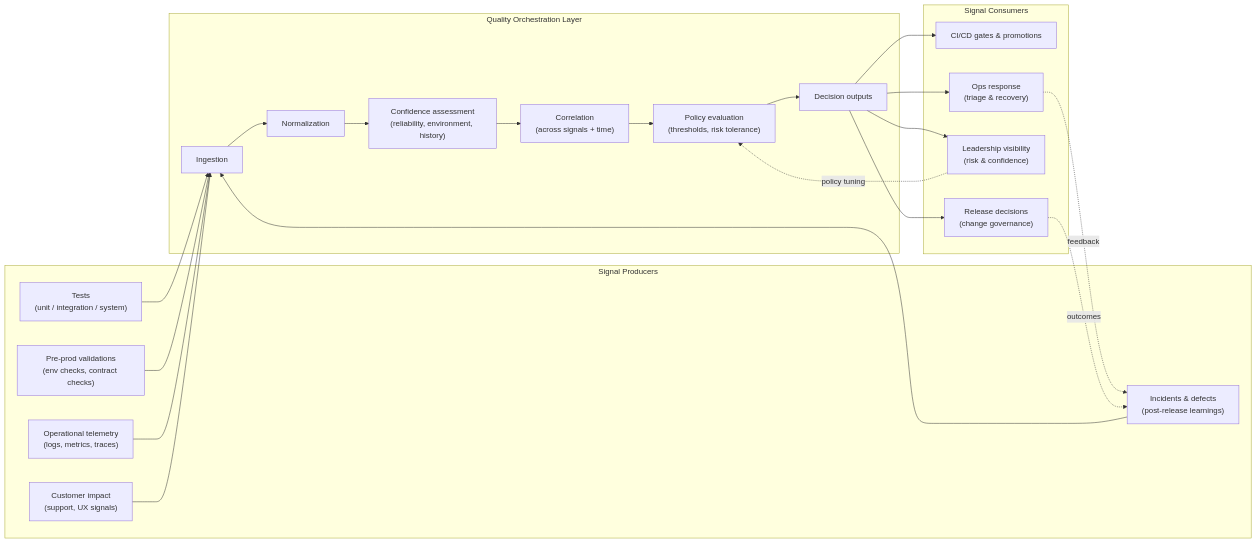
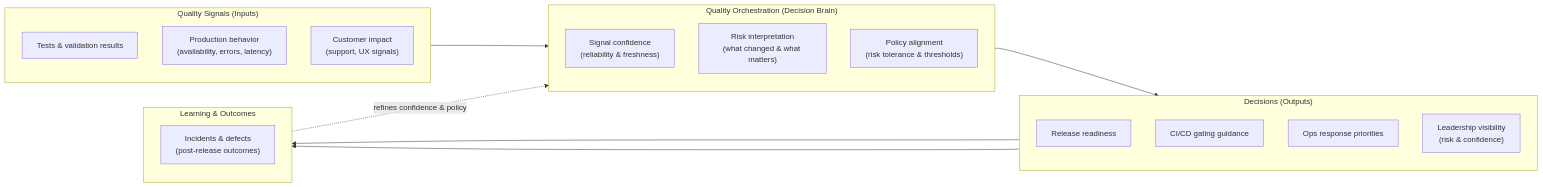
The diagram in diagrams/reference-architecture.mmd (Gaur10/quality-orchestration-reference), drawn with Mermaid before and after one commit.

Commit message:
Refactor Quality Orchestration Reference Architecture diagram
Updated the Quality Orchestration Reference Architecture diagram to enhance clarity and structure.

```diff
--- a/diagrams/reference-architecture.mmd
+++ b/diagrams/reference-architecture.mmd
@@ -1,47 +1,44 @@
 flowchart LR
-  %% Quality Orchestration Reference Architecture (GitHub-safe)
+  %% =========================================
+  %% Diagram 1: Quality Orchestration (Leader View)
+  %% Left → Right narrative
+  %% Vertical stacks inside boxes
+  %% =========================================
 
-  subgraph SP["Signal Producers"]
-    T["Tests<br/>(unit / integration / system)"]
-    P["Pre-prod validations<br/>(env checks, contract checks)"]
-    O["Operational telemetry<br/>(logs, metrics, traces)"]
-    I["Incidents & defects<br/>(post-release learnings)"]
-    C["Customer impact<br/>(support, UX signals)"]
+  %% INPUTS (VERTICAL STACK)
+  subgraph IN["Quality Signals (Inputs)"]
+    direction TB
+    IN1["Tests & validation results"]
+    IN2["Production behavior<br/>(availability, errors, latency)"]
+    IN3["Customer impact<br/>(support, UX signals)"]
   end
 
-  subgraph QO["Quality Orchestration Layer"]
-    IN["Ingestion"]
-    N["Normalization"]
-    CA["Confidence assessment<br/>(reliability, environment, history)"]
-    CR["Correlation<br/>(across signals + time)"]
-    PE["Policy evaluation<br/>(thresholds, risk tolerance)"]
-    OUT["Decision outputs"]
+  %% DECISION BRAIN (VERTICAL STACK)
+  subgraph QB["Quality Orchestration (Decision Brain)"]
+    direction TB
+    QB1["Signal confidence<br/>(reliability & freshness)"]
+    QB2["Risk interpretation<br/>(what changed & what matters)"]
+    QB3["Policy alignment<br/>(risk tolerance & thresholds)"]
   end
 
-  subgraph SC["Signal Consumers"]
-    CICD["CI/CD gates & promotions"]
-    REL["Release decisions<br/>(change governance)"]
-    LEAD["Leadership visibility<br/>(risk & confidence)"]
-    OPS["Ops response<br/>(triage & recovery)"]
+  %% OUTPUTS (VERTICAL STACK – already correct)
+  subgraph OUT["Decisions (Outputs)"]
+    direction TB
+    OUT1["Release readiness"]
+    OUT2["CI/CD gating guidance"]
+    OUT3["Ops response priorities"]
+    OUT4["Leadership visibility<br/>(risk & confidence)"]
   end
 
-  %% Producers -> Orchestration
-  T --> IN
-  P --> IN
-  O --> IN
-  I --> IN
-  C --> IN
+  %% PRIMARY FLOW (BOX TO BOX ONLY)
+  IN --> QB --> OUT
 
-  %% Orchestration pipeline
-  IN --> N --> CA --> CR --> PE --> OUT
+  %% LEARNING LOOP (BOTTOM, NON-INTRUSIVE)
+  subgraph LEARN["Learning & Outcomes"]
+    direction TB
+    L1["Incidents & defects<br/>(post-release outcomes)"]
+  end
 
-  %% Outputs -> Consumers
-  OUT --> CICD
-  OUT --> REL
-  OUT --> LEAD
-  OUT --> OPS
-
-  %% Feedback loops
-  OPS -. "feedback" .-> I
-  REL -. "outcomes" .-> I
-  LEAD -. "policy tuning" .-> PE
+  OUT3 --> L1
+  OUT1 --> L1
+  L1 -. "refines confidence & policy" .-> QB
```
